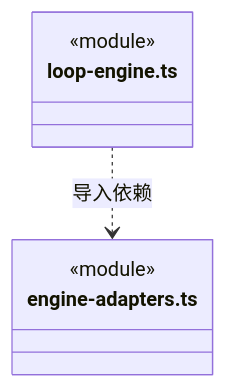
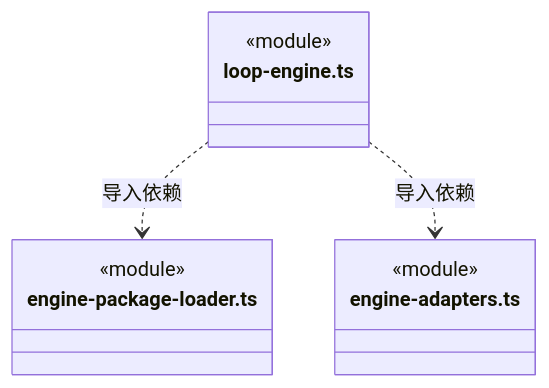
One commit to nan023062/cbim changed the seventh of 7 diagrams in src/logic/execution/assembly/ARCHITECTURE.md. Above: the diagram before and after it, drawn with Mermaid. The commit also changed other lines of this file and 32 other files, not shown here.

````diff
--- a/src/logic/execution/assembly/ARCHITECTURE.md
+++ b/src/logic/execution/assembly/ARCHITECTURE.md
@@ -121,10 +147,14 @@
 ```mermaid
 classDiagram
 class N_src_logic_execution_assembly_loop_engine_ts["loop-engine.ts"] {
   <<module>>
 }
+class N_src_logic_execution_assembly_engine_package_loader_ts["engine-package-loader.ts"] {
+  <<module>>
+}
 class N_src_logic_execution_assembly_engine_adapters_ts["engine-adapters.ts"] {
   <<module>>
 }
+N_src_logic_execution_assembly_loop_engine_ts ..> N_src_logic_execution_assembly_engine_package_loader_ts : 导入依赖
 N_src_logic_execution_assembly_loop_engine_ts ..> N_src_logic_execution_assembly_engine_adapters_ts : 导入依赖
 ```
````
